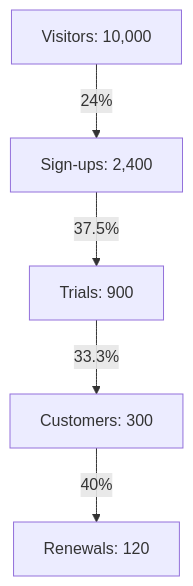
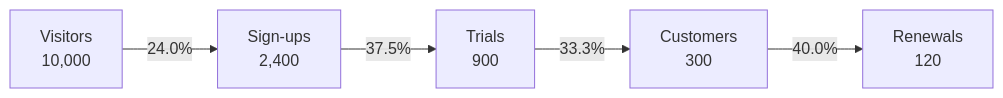
Before and after one commit to vrevolverrr/vicher: the diagram in eval/figure/generated/haiku/b-funnel.md, drawn with Mermaid. The commit also changed other lines of this file and 105 other files, not shown here.

Commit message:
test(eval): regenerate the figure replies with groups and states

````diff
--- a/eval/figure/generated/haiku/b-funnel.md
+++ b/eval/figure/generated/haiku/b-funnel.md
@@ -3,7 +1,7 @@
 ```mermaid
-flowchart TD
-    A["Visitors: 10,000"] -->|"24%"| B["Sign-ups: 2,400"]
-    B -->|"37.5%"| C["Trials: 900"]
-    C -->|"33.3%"| D["Customers: 300"]
-    D -->|"40%"| E["Renewals: 120"]
+flowchart LR
+    V["Visitors<br/>10,000"] -->|"24.0%"| S["Sign-ups<br/>2,400"]
+    S -->|"37.5%"| T["Trials<br/>900"]
+    T -->|"33.3%"| C["Customers<br/>300"]
+    C -->|"40.0%"| R["Renewals<br/>120"]
 ```
````
